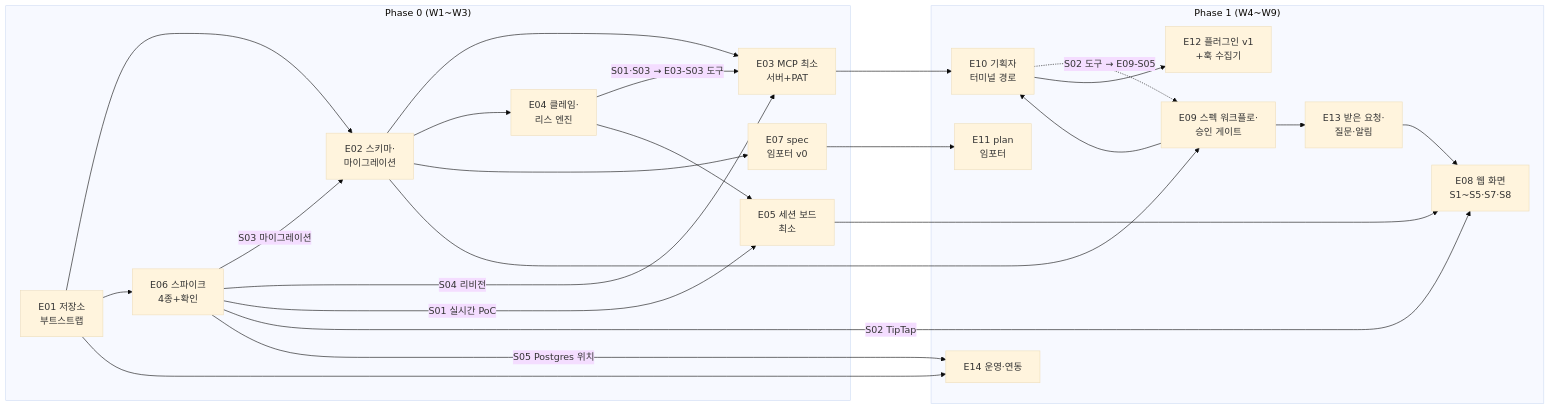
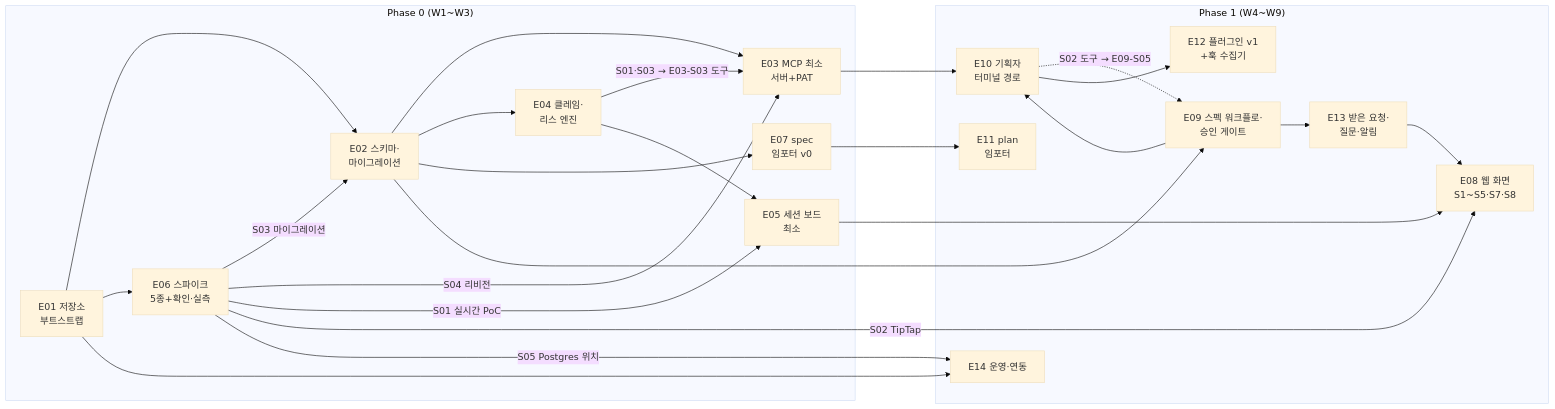
The diagram in docs/04-mvp/backlog.md (worker-ants/nerv), drawn with Mermaid (base theme) before and after one commit. The commit also changed other lines of this file and 30 other files, not shown here.

````diff
--- a/docs/04-mvp/backlog.md
+++ b/docs/04-mvp/backlog.md
@@ -232,43 +233,43 @@
 ```mermaid
 flowchart LR
   subgraph P0["Phase 0 (W1~W3)"]
     E01["E01 저장소<br/>부트스트랩"]
     E02["E02 스키마·<br/>마이그레이션"]
     E03["E03 MCP 최소<br/>서버+PAT"]
     E04["E04 클레임·<br/>리스 엔진"]
     E05["E05 세션 보드<br/>최소"]
-    E06["E06 스파이크<br/>4종+확인"]
+    E06["E06 스파이크<br/>5종+확인·실측"]
     E07["E07 spec<br/>임포터 v0"]
   end
   subgraph P1["Phase 1 (W4~W9)"]
     E08["E08 웹 화면<br/>S1~S5·S7·S8"]
     E09["E09 스펙 워크플로·<br/>승인 게이트"]
     E10["E10 기획자<br/>터미널 경로"]
     E11["E11 plan<br/>임포터"]
     E12["E12 플러그인 v1<br/>+훅 수집기"]
     E13["E13 받은 요청·<br/>질문·알림"]
     E14["E14 운영·연동"]
   end
   E01 --> E02
   E01 --> E06
   E06 -->|"S03 마이그레이션"| E02
   E06 -->|"S04 리비전"| E03
   E06 -->|"S01 실시간 PoC"| E05
   E06 -->|"S02 TipTap"| E08
   E06 -->|"S05 Postgres 위치"| E14
   E02 --> E03
   E02 --> E04
   E02 --> E07
   E04 -->|"S01·S03 → E03-S03 도구"| E03
   E04 --> E05
   E02 --> E09
   E05 --> E08
   E09 --> E10
   E03 --> E10
   E10 -.->|"S02 도구 → E09-S05"| E09
   E09 --> E13
   E13 --> E08
   E07 --> E11
   E10 --> E12
   E01 --> E14
 ```
````
